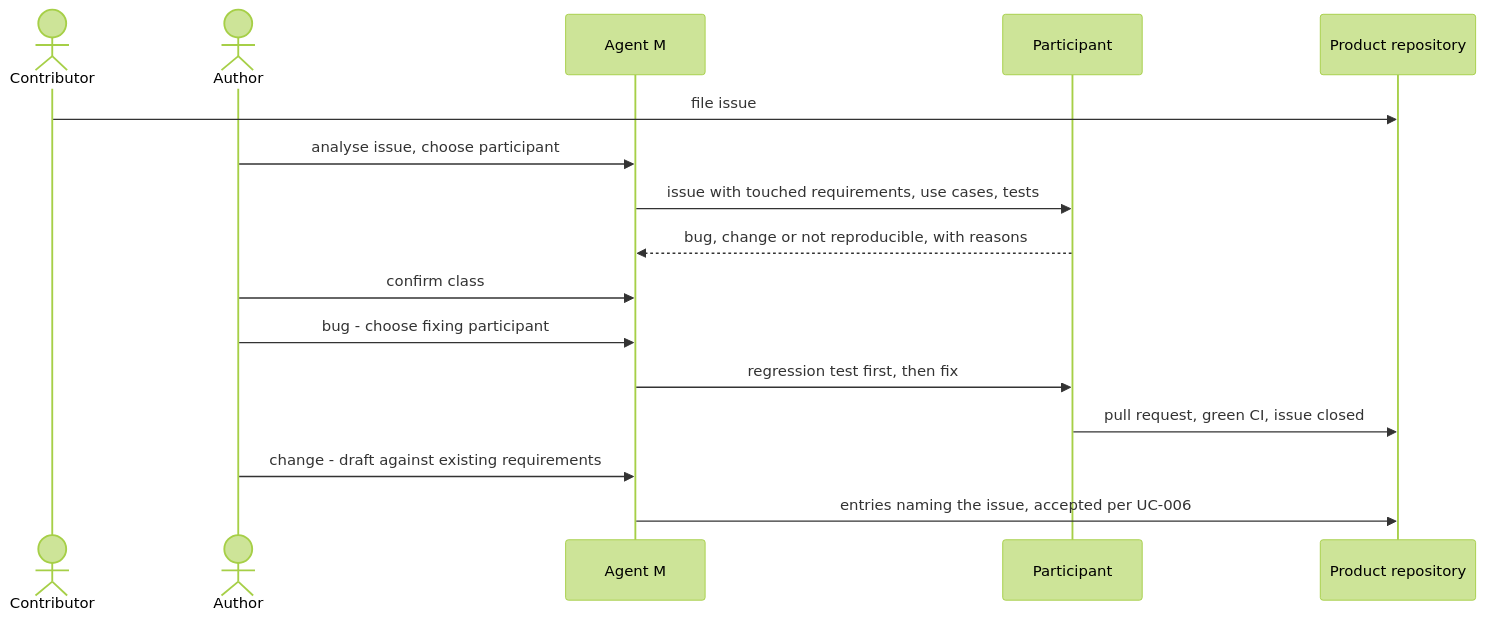
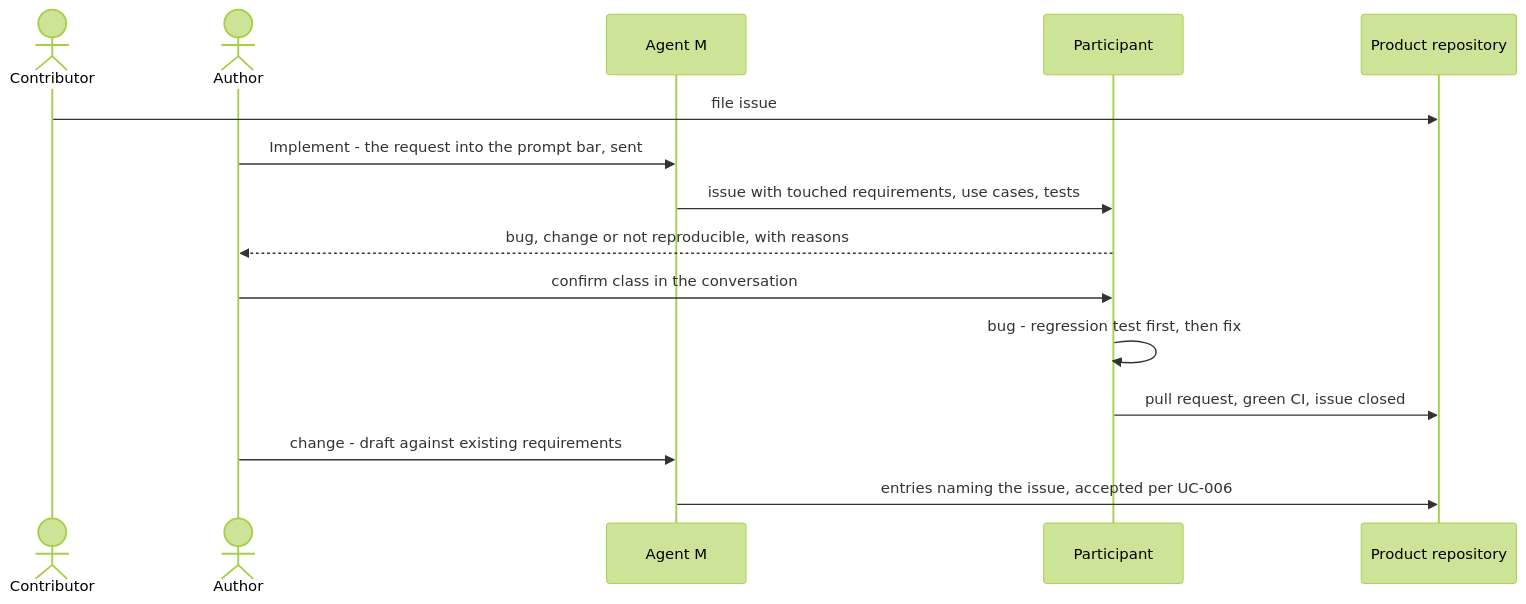
The diagram in docs/use-cases/UC-012-turn-an-issue-into-a-specification-change.md (akmaier/agent-m), drawn with Mermaid (forest theme) before and after one commit. The commit also changed other lines of this file and 1 other file, not shown here.

````diff
--- a/docs/use-cases/UC-012-turn-an-issue-into-a-specification-change.md
+++ b/docs/use-cases/UC-012-turn-an-issue-into-a-specification-change.md
@@ -64,18 +64,17 @@
 ```mermaid
 sequenceDiagram
     actor C as Contributor
     actor A as Author
     participant M as Agent M
     participant P as Participant
     participant G as Product repository
     C->>G: file issue
-    A->>M: analyse issue, choose participant
+    A->>M: Implement - the request into the prompt bar, sent
     M->>P: issue with touched requirements, use cases, tests
-    P-->>M: bug, change or not reproducible, with reasons
-    A->>M: confirm class
-    A->>M: bug - choose fixing participant
-    M->>P: regression test first, then fix
+    P-->>A: bug, change or not reproducible, with reasons
+    A->>P: confirm class in the conversation
+    P->>P: bug - regression test first, then fix
     P->>G: pull request, green CI, issue closed
     A->>M: change - draft against existing requirements
     M->>G: entries naming the issue, accepted per UC-006
 ```
````
